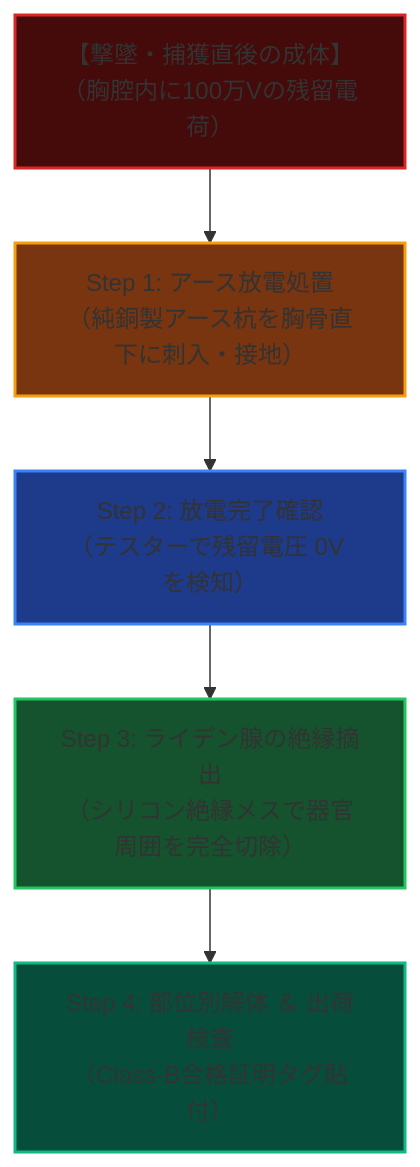
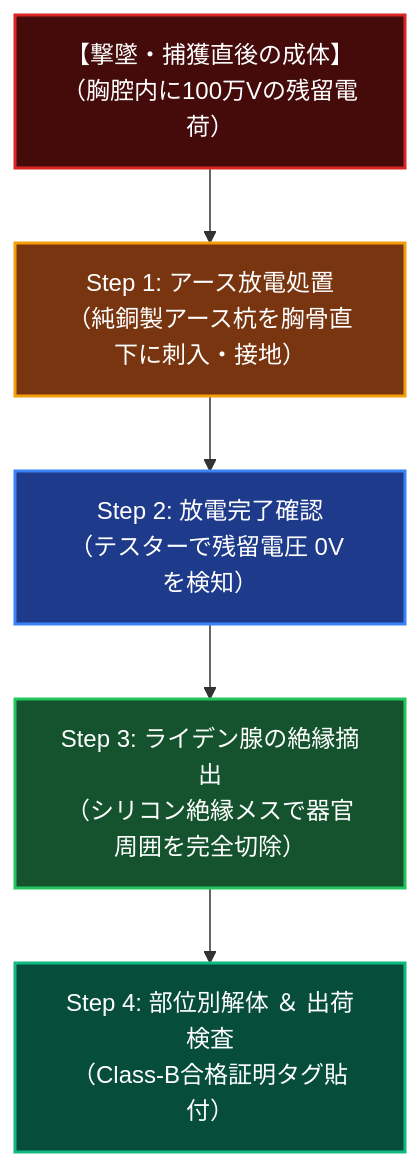
Before and after one commit to takenoriohno-cloud/world-building: the third of 3 diagrams in creatures/002_thunder_gryphon.md, drawn with Mermaid. The commit also changed other lines of this file and 8 other files, not shown here.

Commit message:
feature/updateCreature update: mermaid文字色固定

````diff
--- a/creatures/002_thunder_gryphon.md
+++ b/creatures/002_thunder_gryphon.md
@@ -240,13 +240,13 @@
 ```mermaid
 flowchart TD
     A["【撃墜・捕獲直後の成体】<br>（胸腔内に100万Vの残留電荷）"] --> B["Step 1: アース放電処置<br>（純銅製アース杭を胸骨直下に刺入・接地）"]
     B --> C["Step 2: 放電完了確認<br>（テスターで残留電圧 0V を検知）"]
     C --> D["Step 3: ライデン腺の絶縁摘出<br>（シリコン絶縁メスで器官周囲を完全切除）"]
     D --> E["Step 4: 部位別解体 ＆ 出荷検査<br>（Class-B合格証明タグ貼付）"]
 
-    style A fill:#450a0a,stroke:#dc2626,stroke-width:2px;
-    style B fill:#78350f,stroke:#f59e0b,stroke-width:2px;
-    style C fill:#1e3a8a,stroke:#3b82f6,stroke-width:2px;
-    style D fill:#14532d,stroke:#22c55e,stroke-width:2px;
-    style E fill:#064e3b,stroke:#10b981,stroke-width:2px;
+    style A fill:#450a0a,stroke:#dc2626,stroke-width:2px,color:#ffffff;
+    style B fill:#78350f,stroke:#f59e0b,stroke-width:2px,color:#ffffff;
+    style C fill:#1e3a8a,stroke:#3b82f6,stroke-width:2px,color:#ffffff;
+    style D fill:#14532d,stroke:#22c55e,stroke-width:2px,color:#ffffff;
+    style E fill:#064e3b,stroke:#10b981,stroke-width:2px,color:#ffffff;
 ```
````
